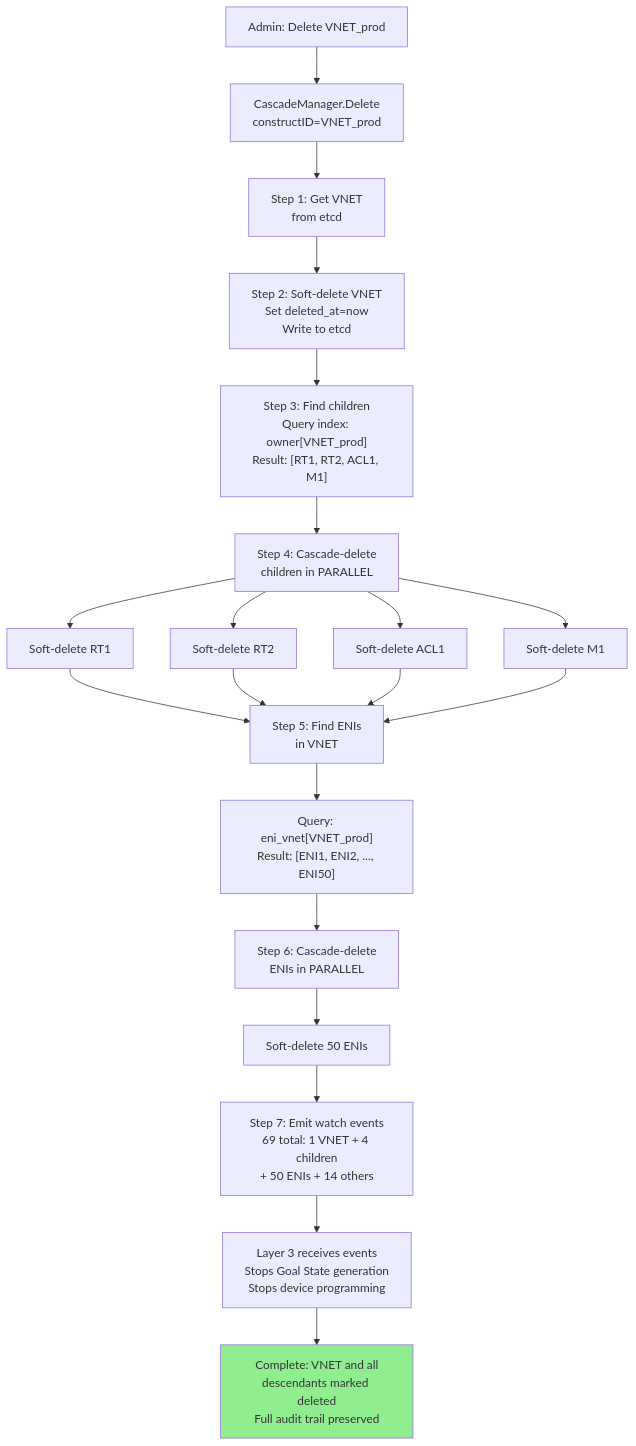
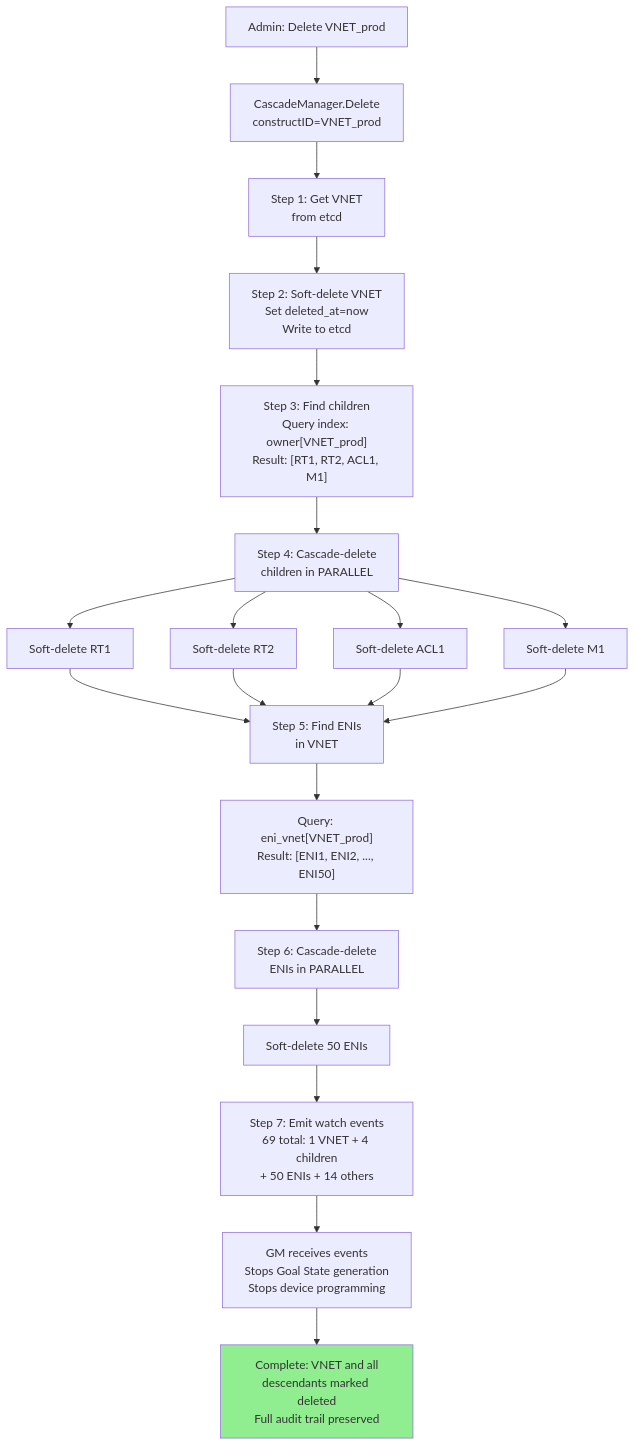
Before and after one commit to rashmirrout/DashFabric: the seventh of 9 diagrams in docs/FM-Designs/FM_DESIGN_LAYER2_DATABASE_MODEL_SUPER_ENHANCED.md, drawn with Mermaid. The commit also changed other lines of this file and 32 other files, not shown here.

````diff
--- a/docs/FM-Designs/FM_DESIGN_LAYER2_DATABASE_MODEL_SUPER_ENHANCED.md
+++ b/docs/FM-Designs/FM_DESIGN_LAYER2_DATABASE_MODEL_SUPER_ENHANCED.md
@@ -383,37 +383,37 @@
 ```mermaid
 graph TD
     A["Admin: Delete VNET_prod"] 
     --> B["CascadeManager.Delete<br/>constructID=VNET_prod"]
     
     B --> C["Step 1: Get VNET<br/>from etcd"]
     
     C --> D["Step 2: Soft-delete VNET<br/>Set deleted_at=now<br/>Write to etcd"]
     
     D --> E["Step 3: Find children<br/>Query index: owner[VNET_prod]<br/>Result: [RT1, RT2, ACL1, M1]"]
     
     E --> F["Step 4: Cascade-delete<br/>children in PARALLEL"]
     
     F --> F1["Soft-delete RT1"]
     F --> F2["Soft-delete RT2"]
     F --> F3["Soft-delete ACL1"]
     F --> F4["Soft-delete M1"]
     
     F1 --> G["Step 5: Find ENIs<br/>in VNET"]
     F2 --> G
     F3 --> G
     F4 --> G
     
     G --> H["Query: eni_vnet[VNET_prod]<br/>Result: [ENI1, ENI2, ..., ENI50]"]
     
     H --> I["Step 6: Cascade-delete<br/>ENIs in PARALLEL"]
     
     I --> J["Soft-delete 50 ENIs"]
     
     J --> K["Step 7: Emit watch events<br/>69 total: 1 VNET + 4 children<br/>+ 50 ENIs + 14 others"]
     
-    K --> L["Layer 3 receives events<br/>Stops Goal State generation<br/>Stops device programming"]
+    K --> L["GM receives events<br/>Stops Goal State generation<br/>Stops device programming"]
     
     L --> M["Complete: VNET and all<br/>descendants marked deleted<br/>Full audit trail preserved"]
     
     style M fill:#90EE90
 ```
````
